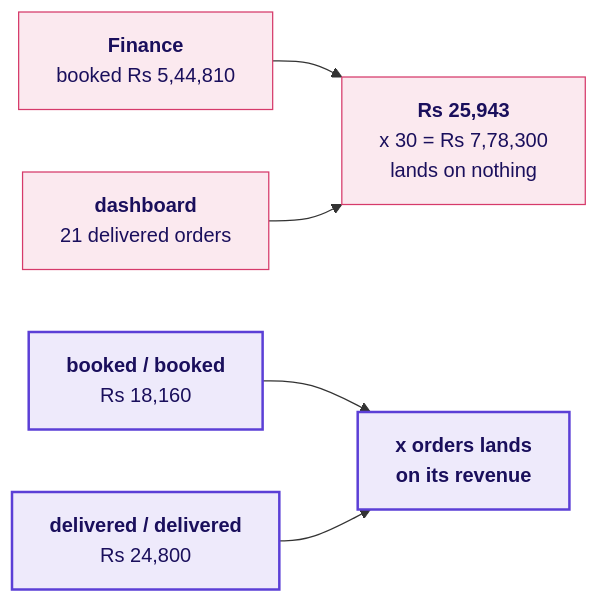
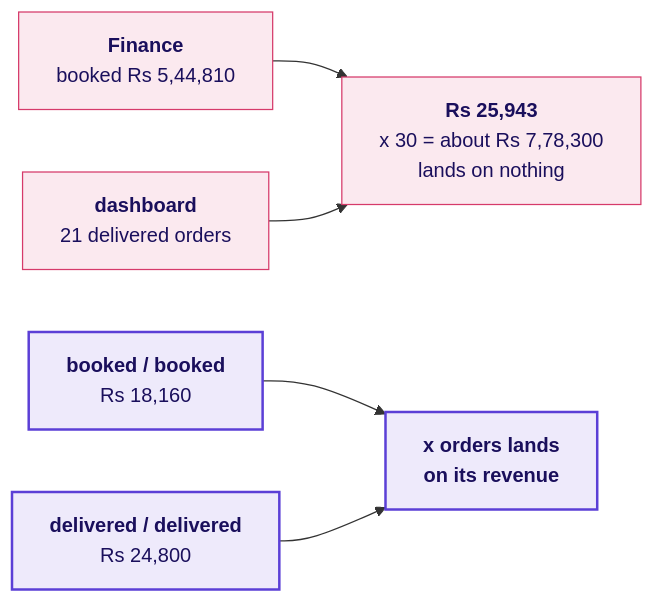
Before and after one commit to fde-academy-lab/c2-content-factory: the third of 9 diagrams in content/W01/D1/whiteboards/C2_W01_D01_board_work_STUDENT.md, drawn with Mermaid. The commit also changed other lines of this file and 38 other files, not shown here.

````diff
--- a/content/W01/D1/whiteboards/C2_W01_D01_board_work_STUDENT.md
+++ b/content/W01/D1/whiteboards/C2_W01_D01_board_work_STUDENT.md
@@ -71,11 +71,11 @@
 ```mermaid
 flowchart LR
-    F["<b>Finance</b><br/>booked Rs 5,44,810"] --> X["<b>Rs 25,943</b><br/>x 30 = Rs 7,78,300<br/>lands on nothing"]
+    F["<b>Finance</b><br/>booked Rs 5,44,810"] --> X["<b>Rs 25,943</b><br/>x 30 = about Rs 7,78,300<br/>lands on nothing"]
     O["<b>dashboard</b><br/>21 delivered orders"] --> X
     B["<b>booked / booked</b><br/>Rs 18,160"] --> OK["<b>x orders lands<br/>on its revenue</b>"]
     D["<b>delivered / delivered</b><br/>Rs 24,800"] --> OK
     classDef known fill:#EEEAFB,stroke:#5B3FD6,color:#1A0F5C,stroke-width:2px
     classDef bad fill:#FBE9EF,stroke:#D63A6A,color:#1A0F5C
     class B,D,OK known
     class F,O,X bad
 ```
````
